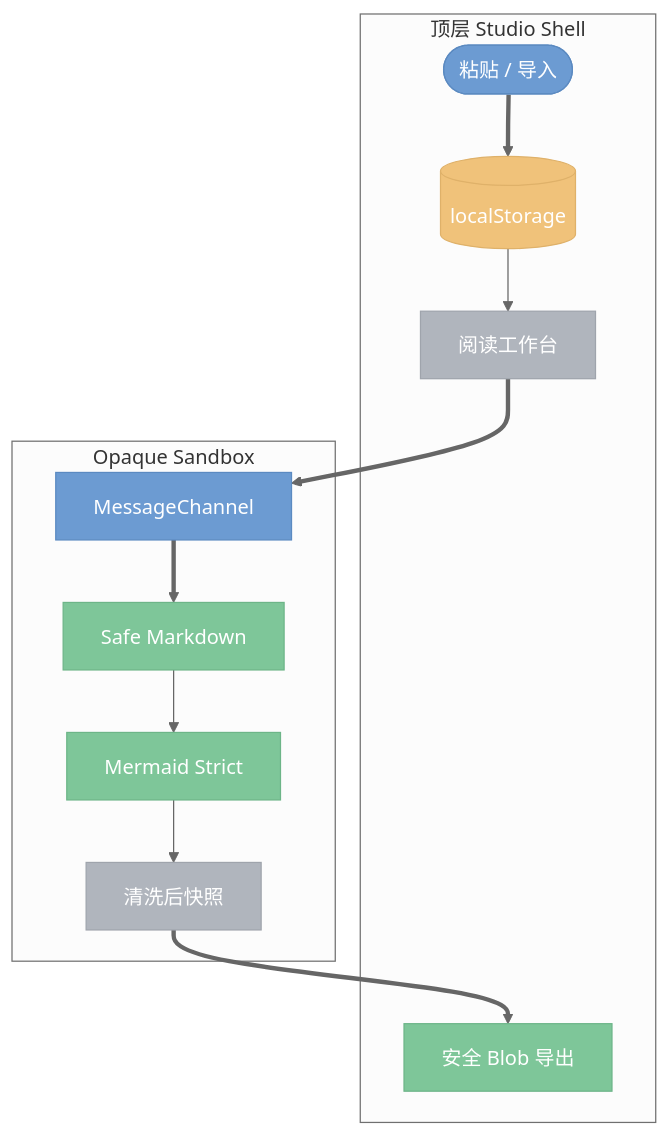
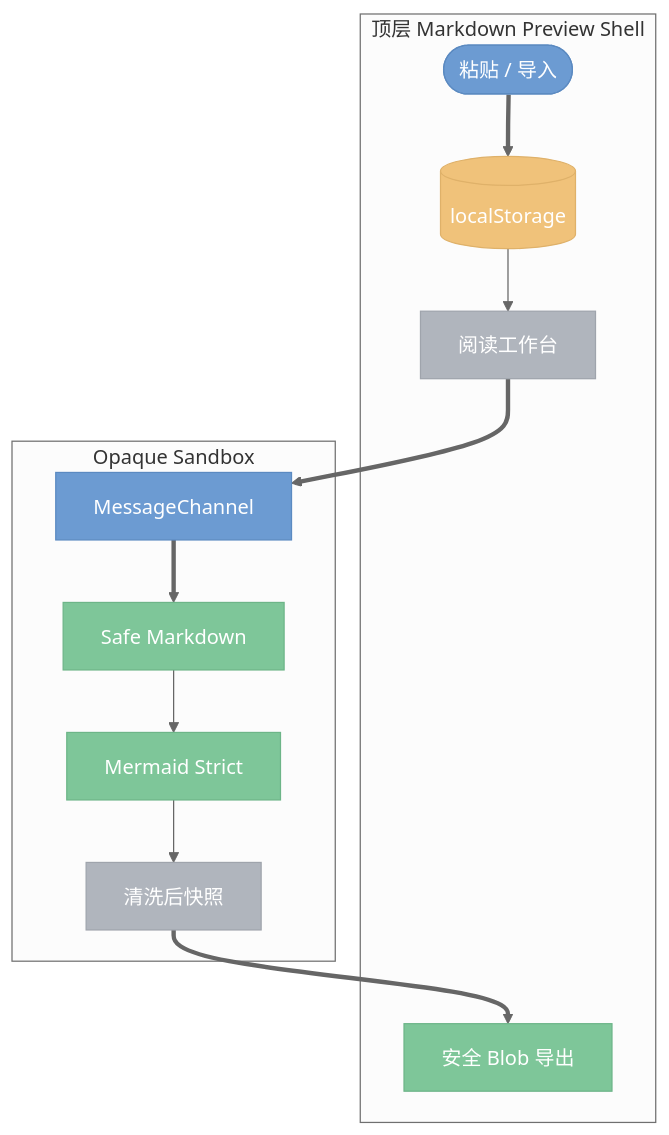
One commit to ZiYang-oyxy/markdown-preview.nvim changed the diagram in docs/superpowers/specs/2026-07-15-markdown-studio-secure-static-design.md. Above: the diagram before and after it, drawn with Mermaid (neutral theme). The commit also changed other lines of this file and 20 other files, not shown here.

````diff
--- a/docs/superpowers/specs/2026-07-15-markdown-studio-secure-static-design.md
+++ b/docs/superpowers/specs/2026-07-15-markdown-studio-secure-static-design.md
@@ -21,29 +23,29 @@
 ```mermaid
 flowchart TD
-    subgraph Shell["顶层 Studio Shell"]
+    subgraph Shell["顶层 Markdown Preview Shell"]
         Paste(["粘贴 / 导入"]):::primary
         Storage[("localStorage")]:::warning
         Reader["阅读工作台"]:::grey
         Export["安全 Blob 导出"]:::success
     end
 
     subgraph Sandbox["Opaque Sandbox"]
         Channel["MessageChannel"]:::primary
         Markdown["Safe Markdown"]:::success
         Mermaid["Mermaid Strict"]:::success
         Snapshot["清洗后快照"]:::grey
     end
 
     Paste ==> Storage
     Storage --> Reader
     Reader ==> Channel
     Channel ==> Markdown
     Markdown --> Mermaid
     Mermaid --> Snapshot
     Snapshot ==> Export
 
     classDef primary fill:#6C9BD2,stroke:#5B8AC1,color:#fff
     classDef success fill:#7EC699,stroke:#6DB588,color:#fff
     classDef warning fill:#F0C27A,stroke:#DFB169,color:#fff
     classDef grey fill:#B0B5BD,stroke:#9FA4AC,color:#fff
 ```
````
